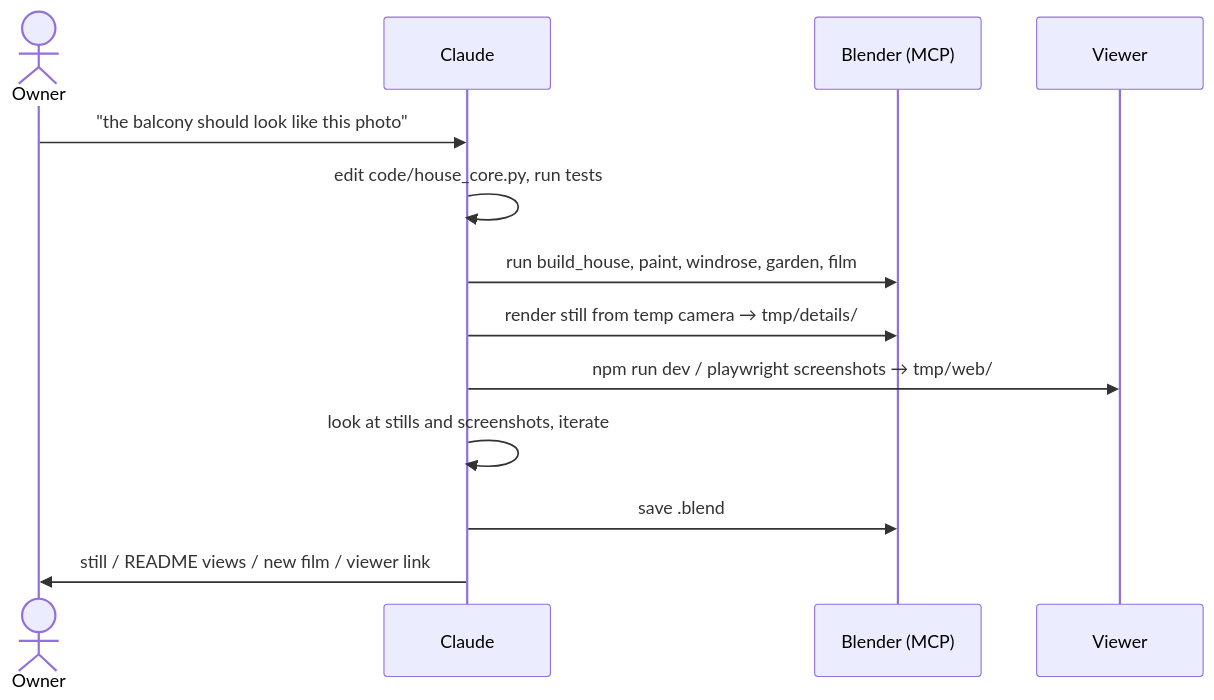
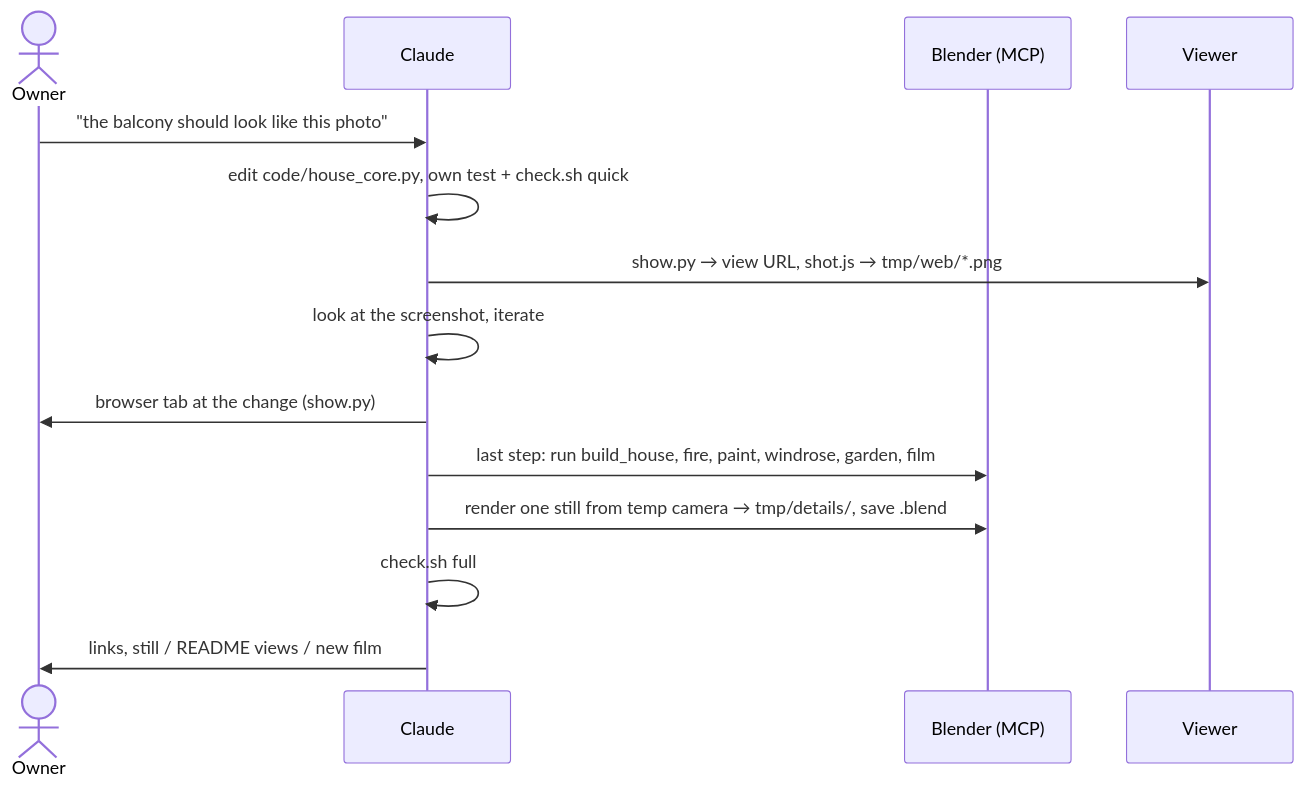
One commit to tillg/frechen_blender changed the first of 2 diagrams in specs/system/functional.md. Above: the diagram before and after it, drawn with Mermaid. The commit also changed other lines of this file and 30 other files, not shown here.

````diff
--- a/specs/system/functional.md
+++ b/specs/system/functional.md
@@ -131,15 +152,16 @@
 ```mermaid
 sequenceDiagram
     actor Owner
     participant Agent as Claude
     participant B as Blender (MCP)
     participant W as Viewer
     Owner->>Agent: "the balcony should look like this photo"
-    Agent->>Agent: edit code/house_core.py, run tests
-    Agent->>B: run build_house, paint, windrose, garden, film
-    Agent->>B: render still from temp camera → tmp/details/
-    Agent->>W: npm run dev / playwright screenshots → tmp/web/
-    Agent->>Agent: look at stills and screenshots, iterate
-    Agent->>B: save .blend
-    Agent->>Owner: still / README views / new film / viewer link
+    Agent->>Agent: edit code/house_core.py, own test + check.sh quick
+    Agent->>W: show.py → view URL, shot.js → tmp/web/*.png
+    Agent->>Agent: look at the screenshot, iterate
+    Agent->>Owner: browser tab at the change (show.py)
+    Agent->>B: last step: run build_house, fire, paint, windrose, garden, film
+    Agent->>B: render one still from temp camera → tmp/details/, save .blend
+    Agent->>Agent: check.sh full
+    Agent->>Owner: links, still / README views / new film
 ```
````
